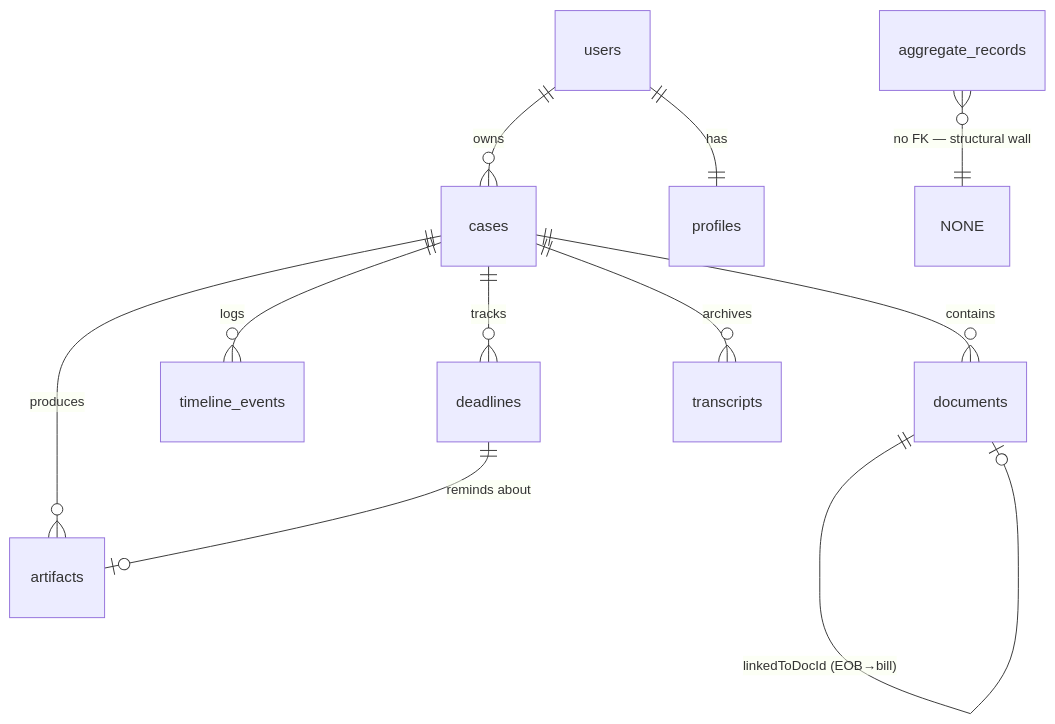
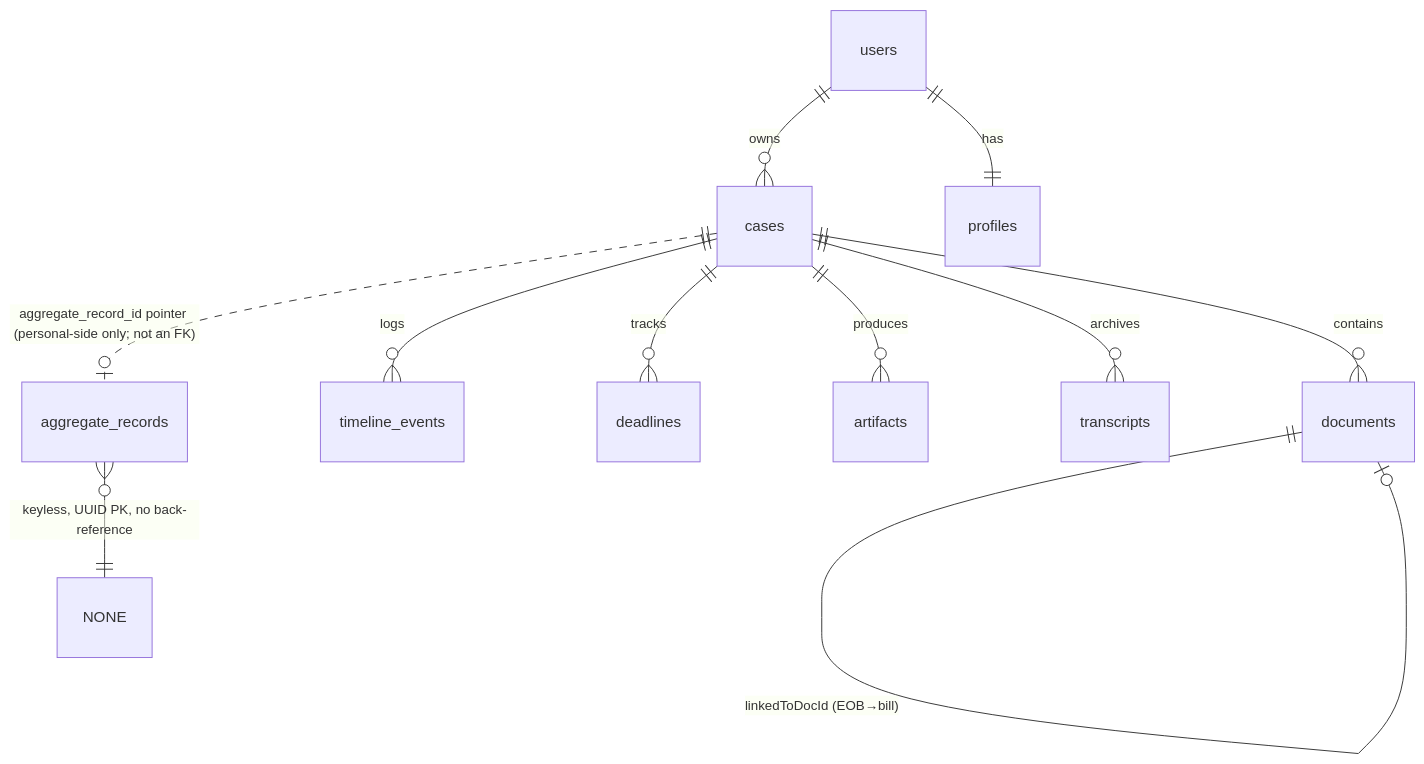
One commit to pcabassar/billcheck changed the first of 2 diagrams in docs/plans/2026-06-26-001-feat-billcheck-v1-persistent-advocate-plan.md. Above: the diagram before and after it, drawn with Mermaid. The commit also changed other lines of this file, not shown here.

First line of the commit message:
docs(plan): re-architect v1 around Supabase + fold in June-2026 research

````diff
--- a/docs/plans/2026-06-26-001-feat-billcheck-v1-persistent-advocate-plan.md
+++ b/docs/plans/2026-06-26-001-feat-billcheck-v1-persistent-advocate-plan.md
@@ -122,13 +116,13 @@
 ```mermaid
 erDiagram
   users ||--o{ cases : owns
   users ||--|| profiles : has
   cases ||--o{ documents : contains
   cases ||--o{ timeline_events : logs
   cases ||--o{ deadlines : tracks
   cases ||--o{ artifacts : produces
   cases ||--o{ transcripts : archives
   documents ||--o| documents : "linkedToDocId (EOB→bill)"
-  deadlines ||--o| artifacts : "reminds about"
-  aggregate_records }o--|| NONE : "no FK — structural wall"
+  cases ||..o| aggregate_records : "aggregate_record_id pointer (personal-side only; not an FK)"
+  aggregate_records }o--|| NONE : "keyless, UUID PK, no back-reference"
 ```
````
